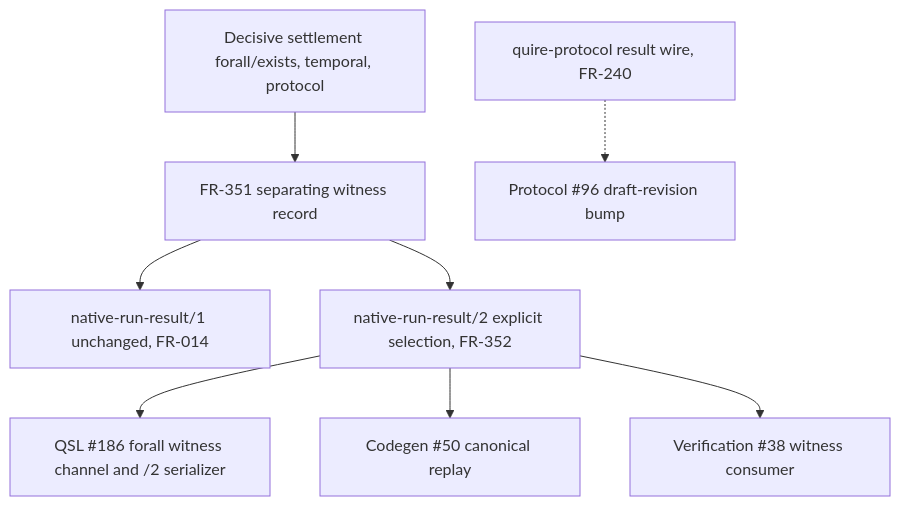
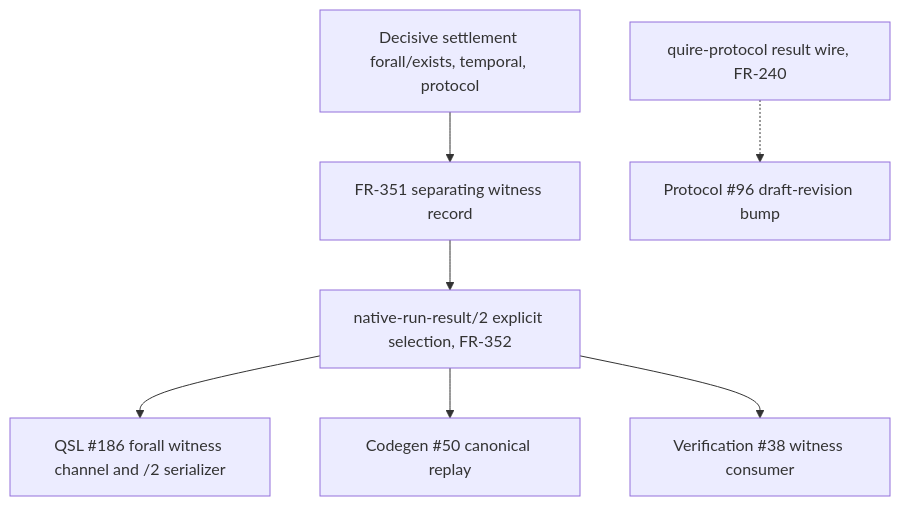
Before and after one commit to agent-ix/quire-specification: the diagram in spec/assurance/AD-014-separating-witness-wire-architecture.md, drawn with Mermaid. The commit also changed other lines of this file and 125 other files, not shown here.

````diff
--- a/spec/assurance/AD-014-separating-witness-wire-architecture.md
+++ b/spec/assurance/AD-014-separating-witness-wire-architecture.md
@@ -31,10 +31,9 @@
 ```mermaid
 flowchart TD
   D[Decisive settlement forall/exists, temporal, protocol] --> W[FR-351 separating witness record]
-  W --> V1[native-run-result/1 unchanged, FR-014]
   W --> V2[native-run-result/2 explicit selection, FR-352]
   V2 --> S[QSL #186 forall witness channel and /2 serializer]
   V2 --> C[Codegen #50 canonical replay]
   V2 --> R[Verification #38 witness consumer]
   P[quire-protocol result wire, FR-240] -.-> B[Protocol #96 draft-revision bump]
 ```
````
